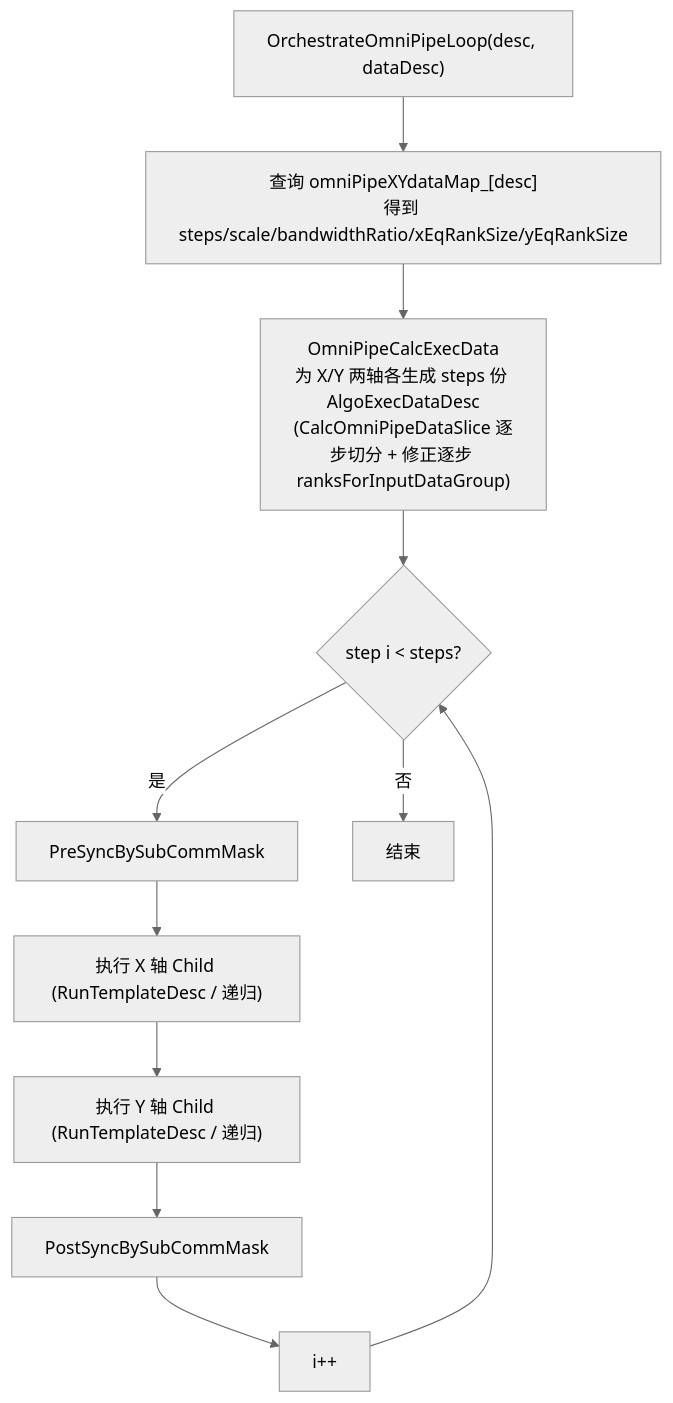
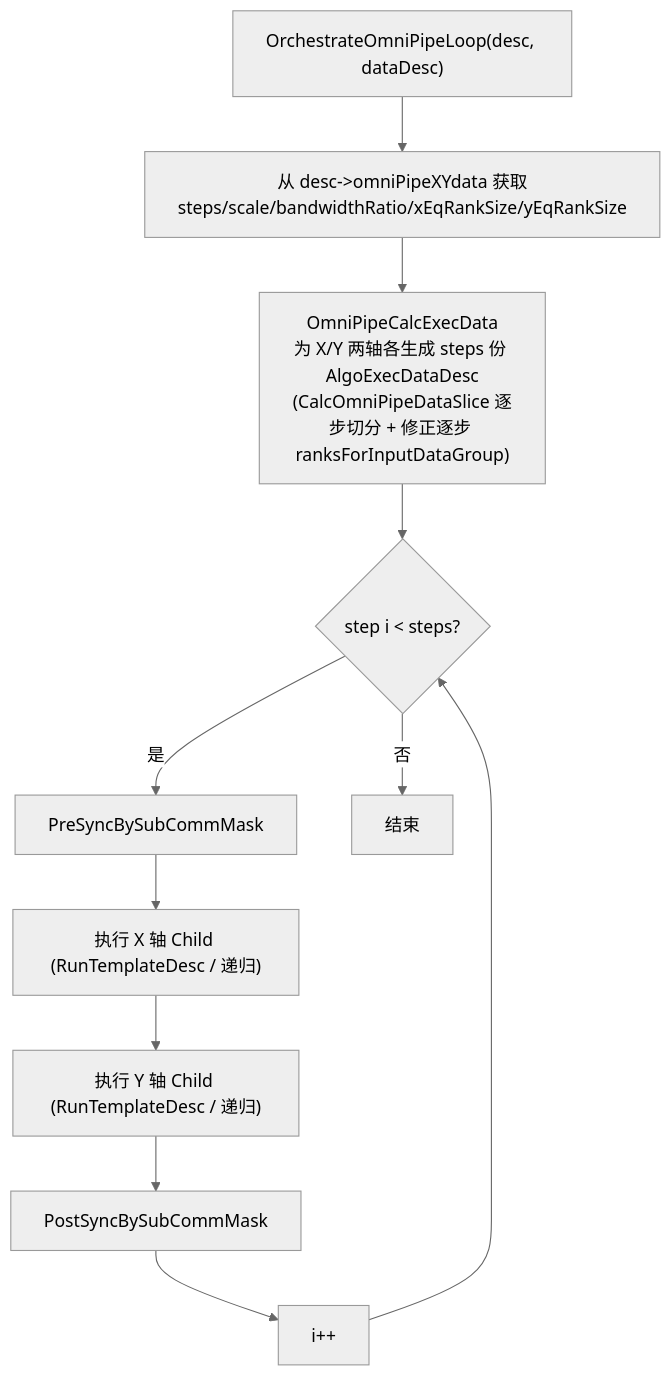
Before and after one commit to Fengfengst123/hccl-mirror: the sixth of 10 diagrams in docs/zh/rfcs/0003-executor-template-refactor.md, drawn with Mermaid (neutral theme). The commit also changed other lines of this file and 14 other files, not shown here.

````diff
--- a/docs/zh/rfcs/0003-executor-template-refactor.md
+++ b/docs/zh/rfcs/0003-executor-template-refactor.md
@@ -718,16 +718,16 @@
 ```mermaid
 flowchart TB
     Start["OrchestrateOmniPipeLoop(desc, dataDesc)"]
-    Get["查询 omniPipeXYdataMap_[desc]<br/>得到 steps/scale/bandwidthRatio/xEqRankSize/yEqRankSize"]
+    Get["从 desc->omniPipeXYdata 获取<br/>steps/scale/bandwidthRatio/xEqRankSize/yEqRankSize"]
     Slice["OmniPipeCalcExecData<br/>为 X/Y 两轴各生成 steps 份 AlgoExecDataDesc<br/>(CalcOmniPipeDataSlice 逐步切分 + 修正逐步 ranksForInputDataGroup)"]
     Loop{"step i < steps?"}
     Pre["PreSyncBySubCommMask"]
     RunX["执行 X 轴 Child (RunTemplateDesc / 递归)"]
     RunY["执行 Y 轴 Child (RunTemplateDesc / 递归)"]
     Post["PostSyncBySubCommMask"]
     Next["i++"]
     Done["结束"]
     Start --> Get --> Slice --> Loop
     Loop -->|"是"| Pre --> RunX --> RunY --> Post --> Next --> Loop
     Loop -->|"否"| Done
 ```
````
